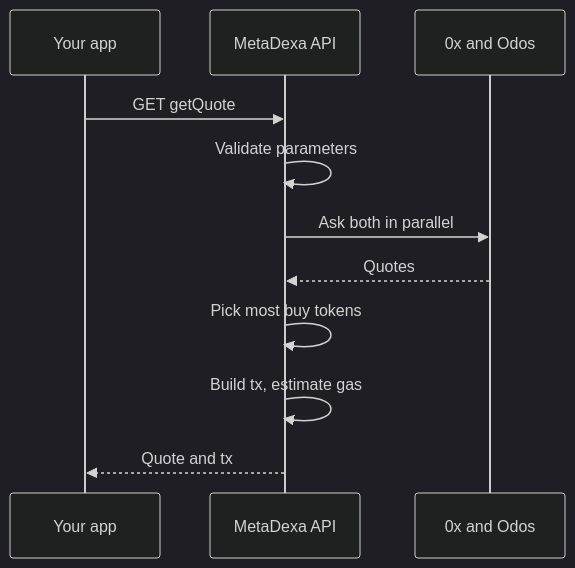
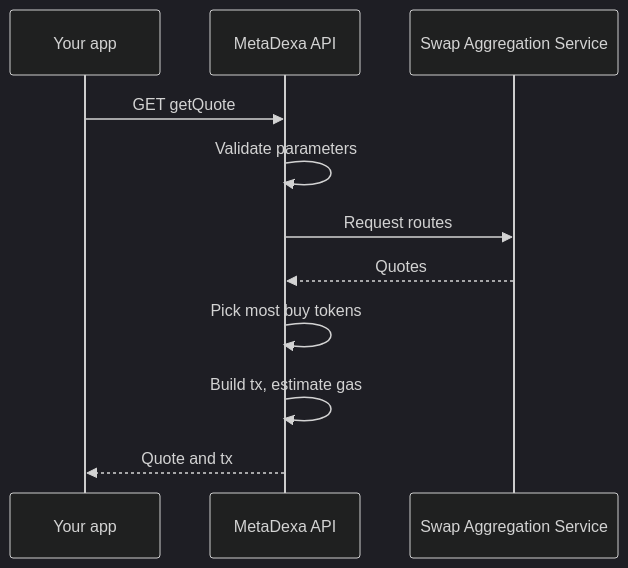
The first of 2 diagrams in flows.mdx (fensa08/metadexa-v2), drawn with Mermaid (dark theme) before and after one commit. The commit also changed other lines of this file and 4 other files, not shown here.

Commit message:
Replace provider names with Swap Aggregation Service

````diff
--- a/flows.mdx
+++ b/flows.mdx
@@ -8,13 +8,13 @@
 ```mermaid
 sequenceDiagram
   participant App as Your app
   participant API as MetaDexa API
-  participant P as 0x and Odos
+  participant P as Swap Aggregation Service
   App->>API: GET getQuote
   API->>API: Validate parameters
-  API->>P: Ask both in parallel
+  API->>P: Request routes
   P-->>API: Quotes
   API->>API: Pick most buy tokens
   API->>API: Build tx, estimate gas
   API-->>App: Quote and tx
 ```
````
